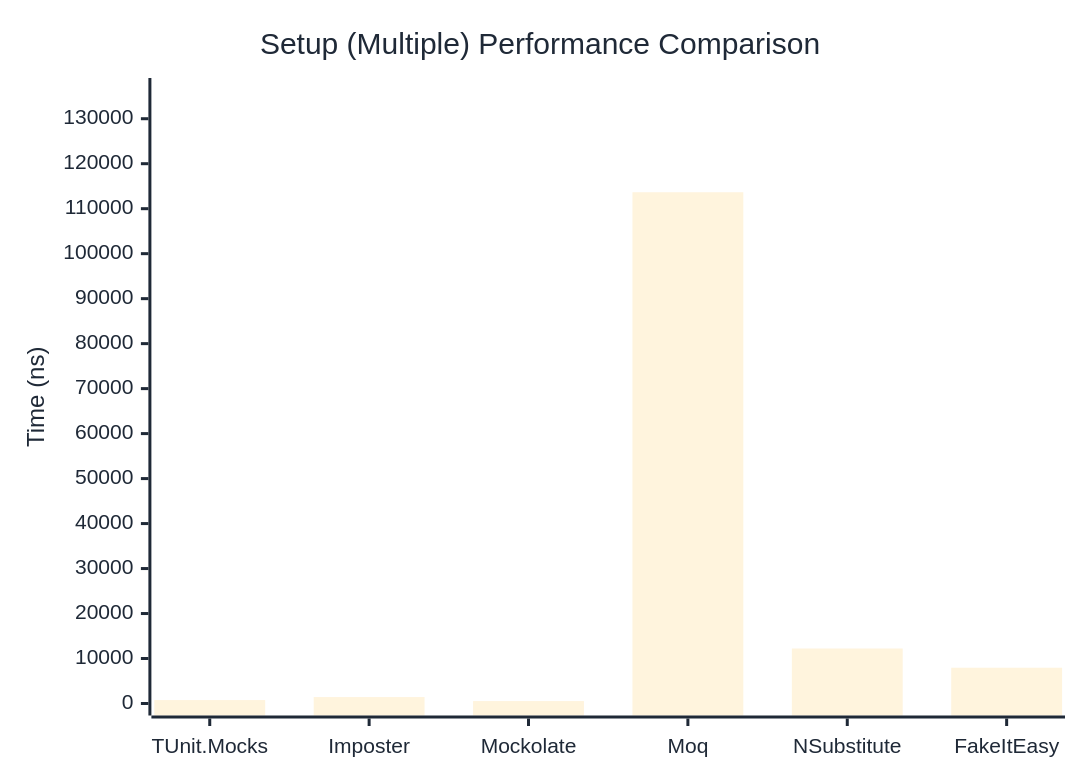
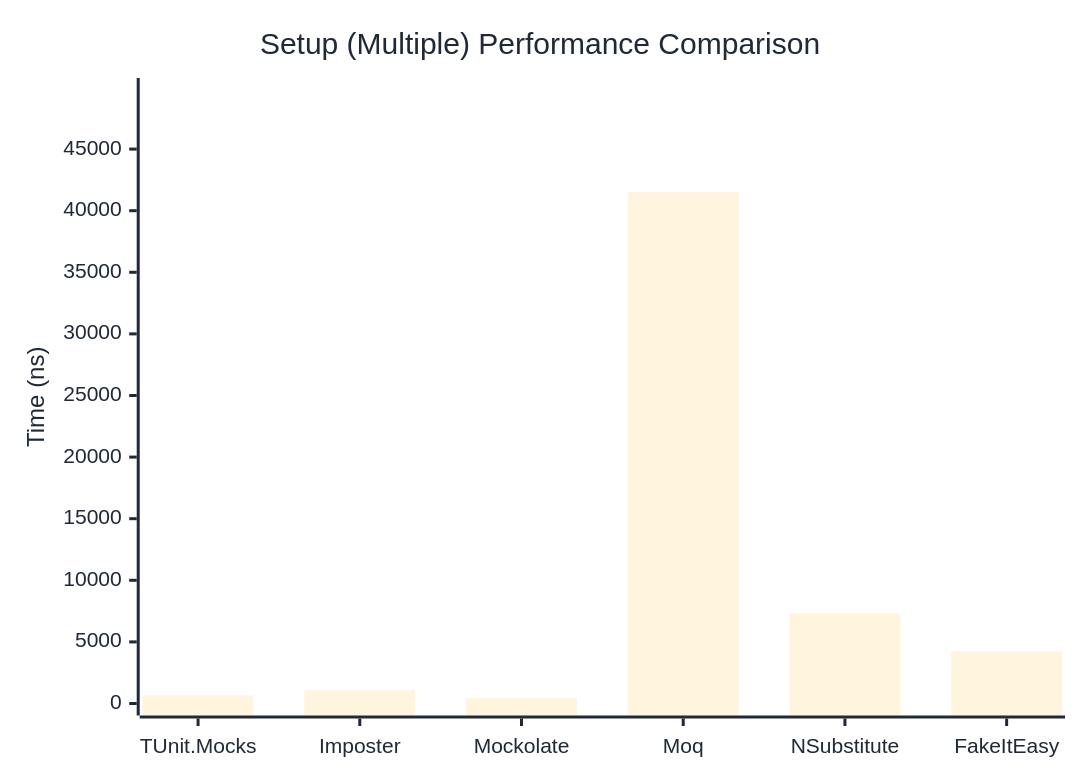
One commit to thomhurst/TUnit changed the second of 2 diagrams in docs/docs/benchmarks/mocks/Setup.md. Above: the diagram before and after it, drawn with Mermaid. The commit also changed other lines of this file and 14 other files, not shown here.

````diff
--- a/docs/docs/benchmarks/mocks/Setup.md
+++ b/docs/docs/benchmarks/mocks/Setup.md
@@ -71,27 +71,27 @@
 ```mermaid
 %%{init: {
   'theme':'base',
   'themeVariables': {
     'primaryColor': '#2563eb',
     'primaryTextColor': '#1f2937',
     'primaryBorderColor': '#1e40af',
     'lineColor': '#6b7280',
     'secondaryColor': '#7c3aed',
     'tertiaryColor': '#dc2626',
     'background': '#ffffff',
     'pie1': '#2563eb',
     'pie2': '#7c3aed',
     'pie3': '#dc2626',
     'pie4': '#f59e0b',
     'pie5': '#10b981',
     'pie6': '#06b6d4',
     'pie7': '#ec4899',
     'pie8': '#6366f1'
   }
 }}%%
 xychart-beta
   title "Setup (Multiple) Performance Comparison"
   x-axis ["TUnit.Mocks", "Imposter", "Mockolate", "Moq", "NSubstitute", "FakeItEasy"]
-  y-axis "Time (ns)" 0 --> 136384
-  bar [760.8, 1431.4, 539.6, 113653.2, 12227.8, 7949.7]
+  y-axis "Time (ns)" 0 --> 49796
+  bar [646.8, 1081.8, 436.4, 41496.1, 7324.3, 4219.3]
 ```
````
